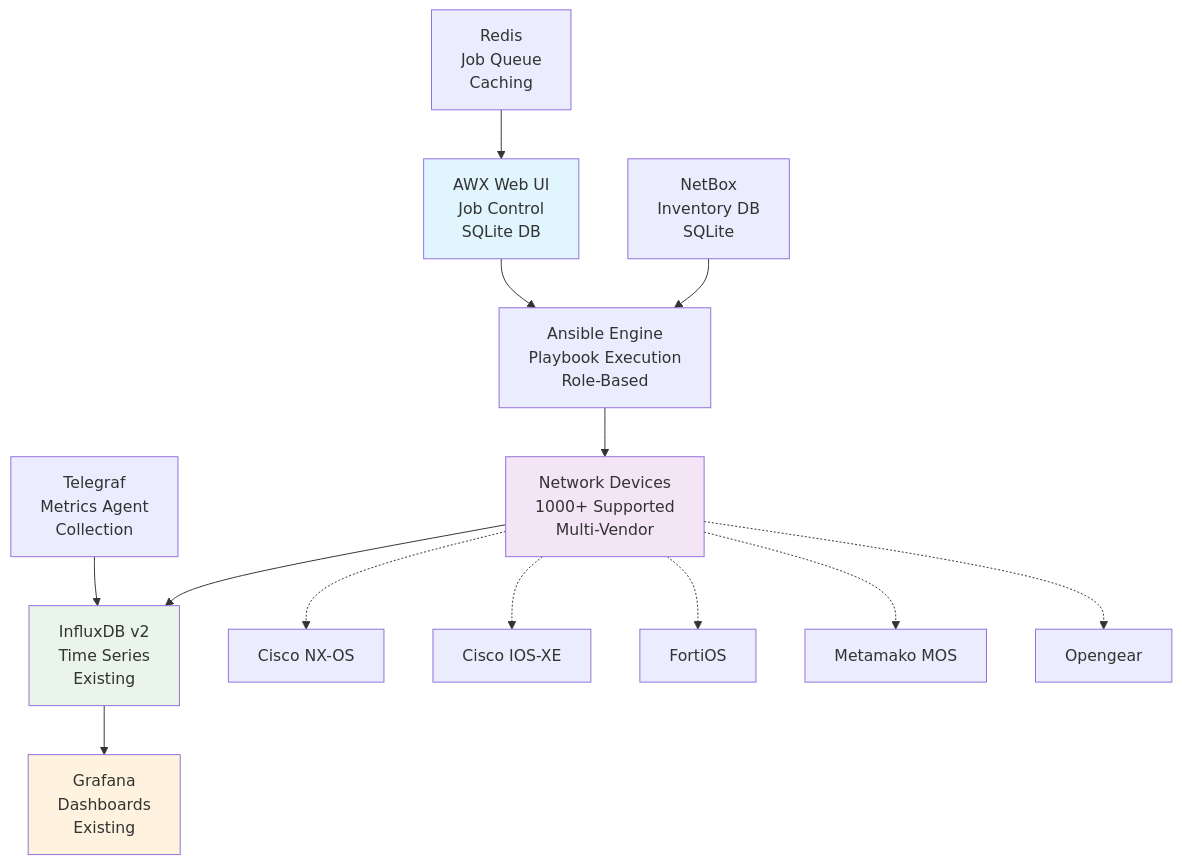
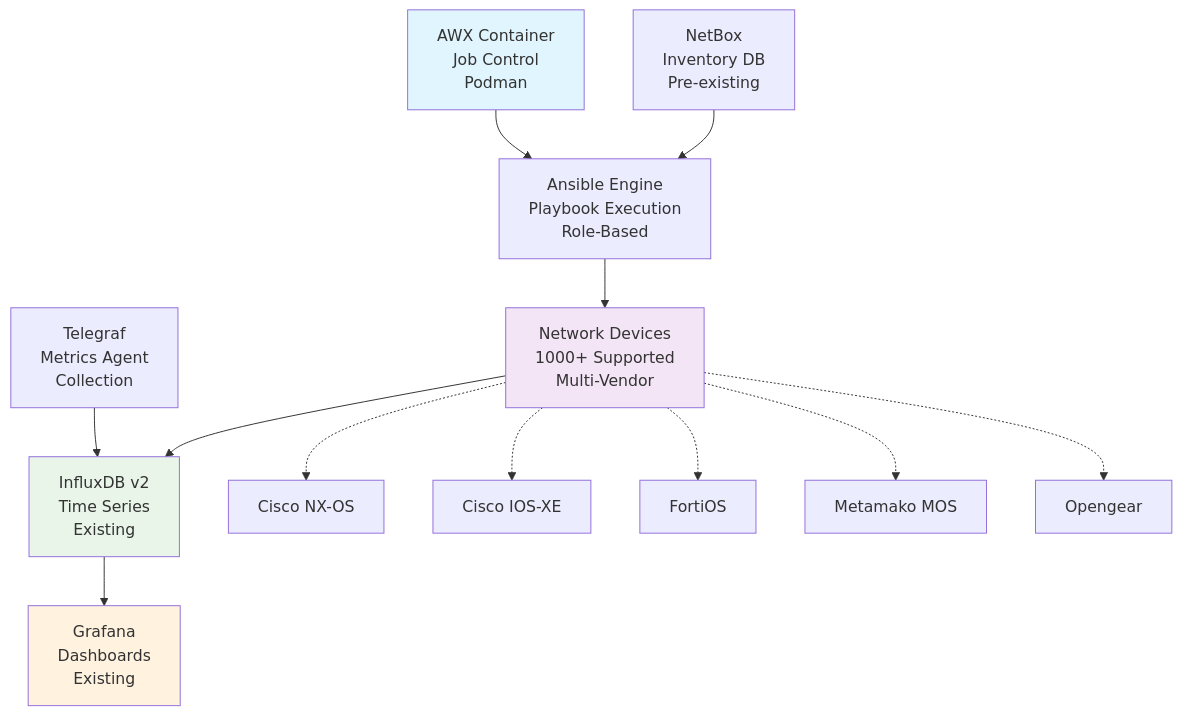
The first of 2 diagrams in README.md (garryshtern/network-device-upgrade-system), drawn with Mermaid before and after one commit. The commit also changed other lines of this file and 15 other files, not shown here.

````diff
--- a/README.md
+++ b/README.md
@@ -85,23 +87,22 @@
 ```mermaid
 graph TD
-    A[AWX Web UI<br/>Job Control<br/>SQLite DB] --> B[Ansible Engine<br/>Playbook Execution<br/>Role-Based]
+    A[AWX Container<br/>Job Control<br/>Podman] --> B[Ansible Engine<br/>Playbook Execution<br/>Role-Based]
     B --> C[Network Devices<br/>1000+ Supported<br/>Multi-Vendor]
     
-    D[NetBox<br/>Inventory DB<br/>SQLite] --> B
+    D[NetBox<br/>Inventory DB<br/>Pre-existing] --> B
     E[Telegraf<br/>Metrics Agent<br/>Collection] --> F[InfluxDB v2<br/>Time Series<br/>Existing]
     
-    G[Redis<br/>Job Queue<br/>Caching] --> A
     C --> F
     F --> H[Grafana<br/>Dashboards<br/>Existing]
     
     C -.-> I[Cisco NX-OS]
     C -.-> J[Cisco IOS-XE]  
     C -.-> K[FortiOS]
     C -.-> L[Metamako MOS]
     C -.-> M[Opengear]
     
     style A fill:#e1f5fe
     style C fill:#f3e5f5
     style F fill:#e8f5e8
     style H fill:#fff3e0
 ```
````
